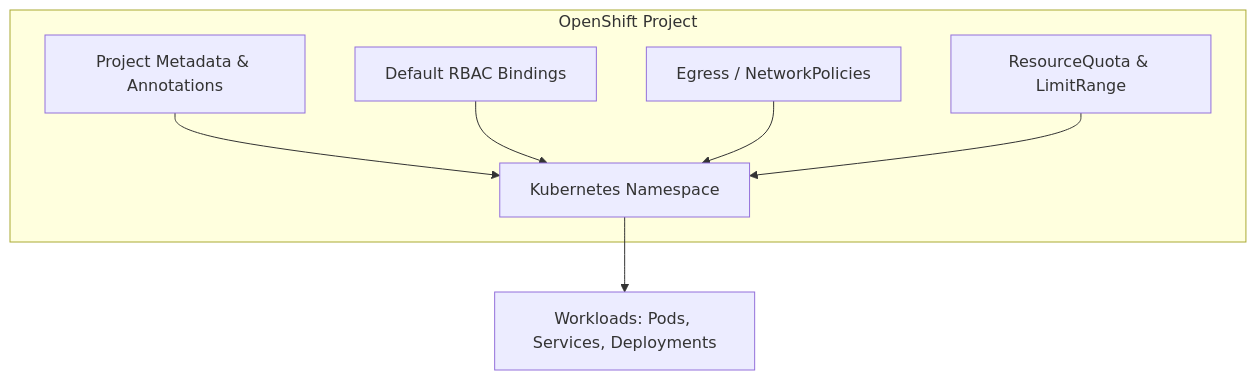
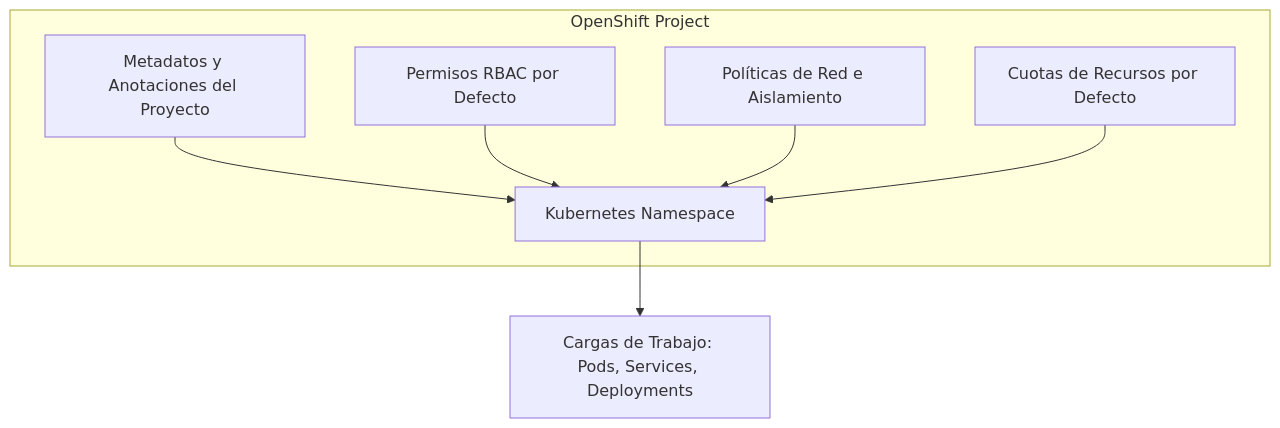
Before and after one commit to ieftraining/curso-openshift: the first of 7 diagrams in docs/sesion4/4.1 Proyectos y permisos.md, drawn with Mermaid. The commit also changed other lines of this file, not shown here.

````diff
--- a/docs/sesion4/4.1 Proyectos y permisos.md
+++ b/docs/sesion4/4.1 Proyectos y permisos.md
@@ -24,10 +24,10 @@
 ```mermaid
 flowchart TD
     subgraph OpenShift Project
-        A[Project Metadata & Annotations] --> B[Kubernetes Namespace]
-        C[Default RBAC Bindings] --> B
-        D[Egress / NetworkPolicies] --> B
-        E[ResourceQuota & LimitRange] --> B
+        A[Metadatos y Anotaciones del Proyecto] --> B[Kubernetes Namespace]
+        C[Permisos RBAC por Defecto] --> B
+        D[Políticas de Red e Aislamiento] --> B
+        E[Cuotas de Recursos por Defecto] --> B
     end
-    B --> F[Workloads: Pods, Services, Deployments]
+    B --> F[Cargas de Trabajo: Pods, Services, Deployments]
 ```
````
